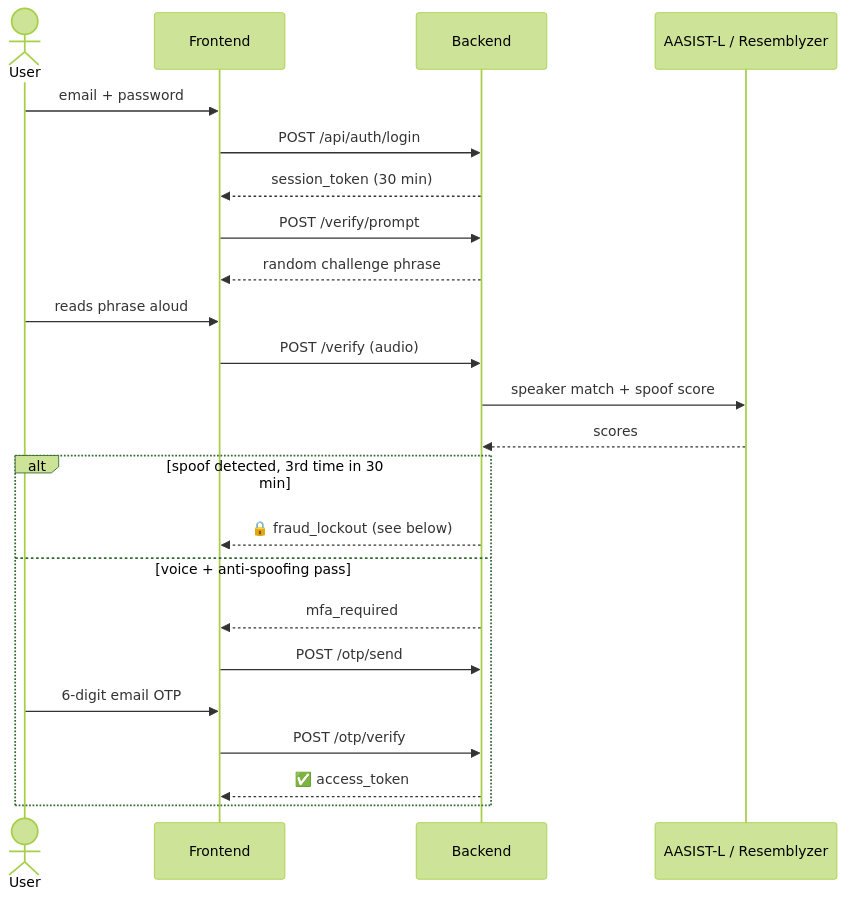
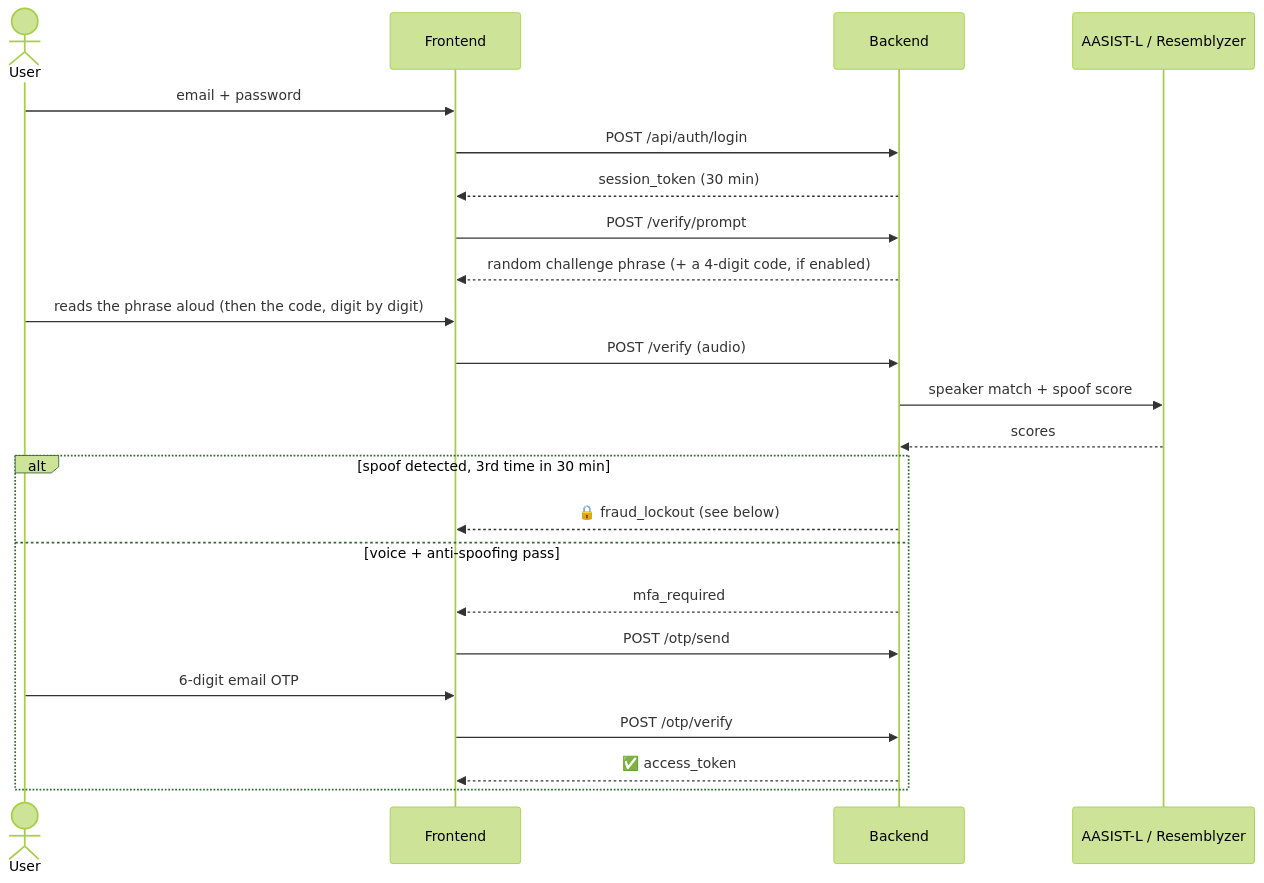
Before and after one commit to whatdadogdoing/VoiceProject: the first of 4 diagrams in README.md, drawn with Mermaid (forest theme). The commit also changed other lines of this file, not shown here.

First line of the commit message:
Document the random code and add a CI status badge to the README

````diff
--- a/README.md
+++ b/README.md
@@ -33,28 +35,28 @@
 ```mermaid
 sequenceDiagram
     actor U as User
     participant FE as Frontend
     participant BE as Backend
     participant AI as AASIST-L / Resemblyzer
 
     U->>FE: email + password
     FE->>BE: POST /api/auth/login
     BE-->>FE: session_token (30 min)
 
     FE->>BE: POST /verify/prompt
-    BE-->>FE: random challenge phrase
-    U->>FE: reads phrase aloud
+    BE-->>FE: random challenge phrase (+ a 4-digit code, if enabled)
+    U->>FE: reads the phrase aloud (then the code, digit by digit)
     FE->>BE: POST /verify (audio)
     BE->>AI: speaker match + spoof score
     AI-->>BE: scores
 
     alt spoof detected, 3rd time in 30 min
         BE-->>FE: 🔒 fraud_lockout (see below)
     else voice + anti-spoofing pass
         BE-->>FE: mfa_required
         FE->>BE: POST /otp/send
         U->>FE: 6-digit email OTP
         FE->>BE: POST /otp/verify
         BE-->>FE: ✅ access_token
     end
 ```
````
